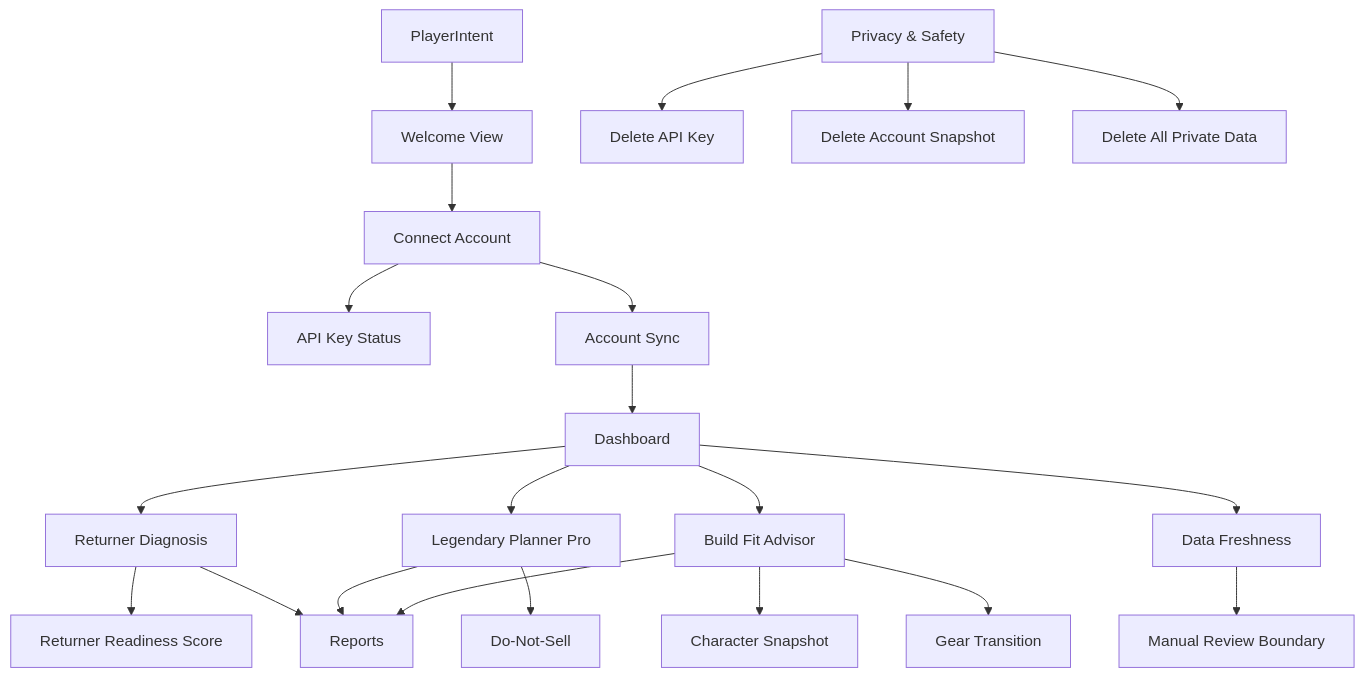
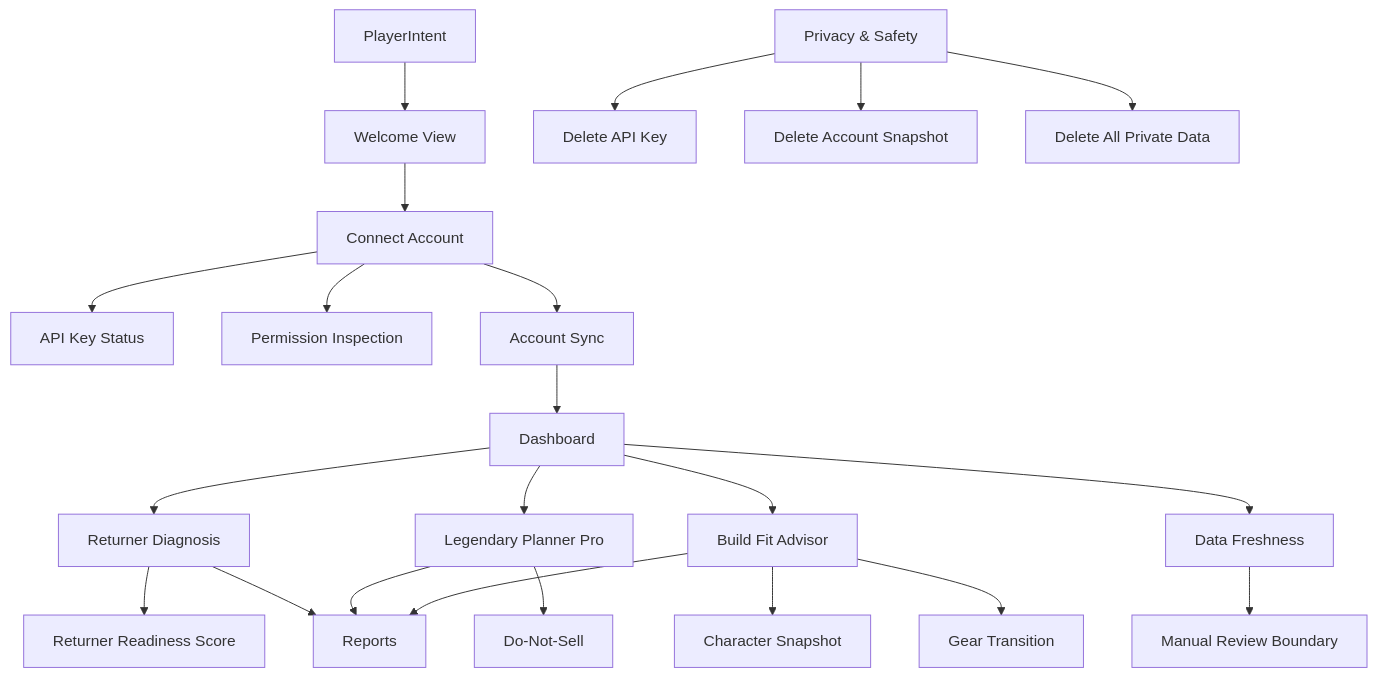
The diagram in docs/ui/PLAYER_UI_SEMANTIC_GRAPH_AUDIT.md (johnslee1207-commits/gw2radar), drawn with Mermaid before and after one commit. The commit also changed other lines of this file and 8 other files, not shown here.

Commit message:
Add API key permission inspection

````diff
--- a/docs/ui/PLAYER_UI_SEMANTIC_GRAPH_AUDIT.md
+++ b/docs/ui/PLAYER_UI_SEMANTIC_GRAPH_AUDIT.md
@@ -9,23 +9,24 @@
 ```mermaid
 graph TD
   PlayerIntent["PlayerIntent"] --> Welcome["Welcome View"]
   Welcome --> Connect["Connect Account"]
   Connect --> AccountKey["API Key Status"]
+  Connect --> PermissionInspection["Permission Inspection"]
   Connect --> AccountSync["Account Sync"]
   AccountSync --> Dashboard["Dashboard"]
   Dashboard --> Returner["Returner Diagnosis"]
   Returner --> ReturnerReadiness["Returner Readiness Score"]
   Dashboard --> Legendary["Legendary Planner Pro"]
   Dashboard --> BuildFit["Build Fit Advisor"]
   BuildFit --> CharacterSnapshot["Character Snapshot"]
   Dashboard --> Freshness["Data Freshness"]
   Returner --> ReportCenter["Reports"]
   Legendary --> ReportCenter
   BuildFit --> ReportCenter
   Legendary --> DoNotSell["Do-Not-Sell"]
   BuildFit --> GearTransition["Gear Transition"]
   Freshness --> SafetyBoundary["Manual Review Boundary"]
   Privacy["Privacy & Safety"] --> DeleteKey["Delete API Key"]
   Privacy --> DeleteSnapshot["Delete Account Snapshot"]
   Privacy --> DeleteAllPrivate["Delete All Private Data"]
 ```
````
